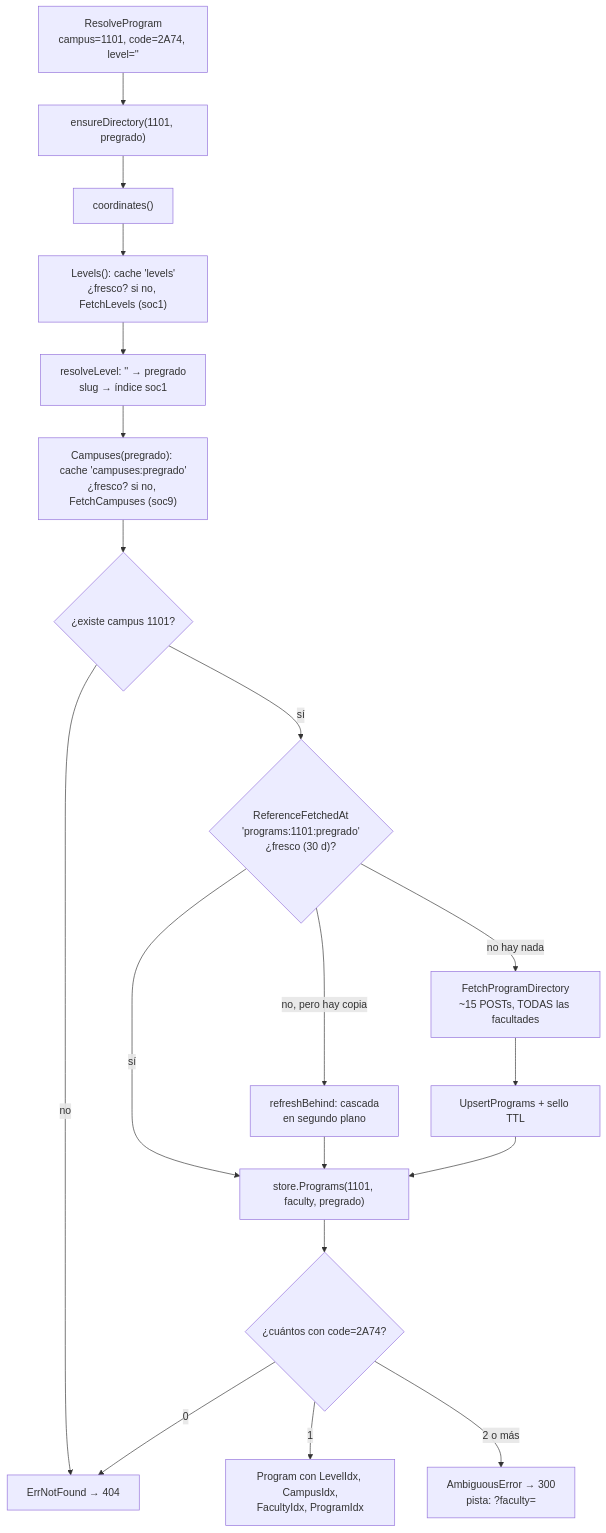
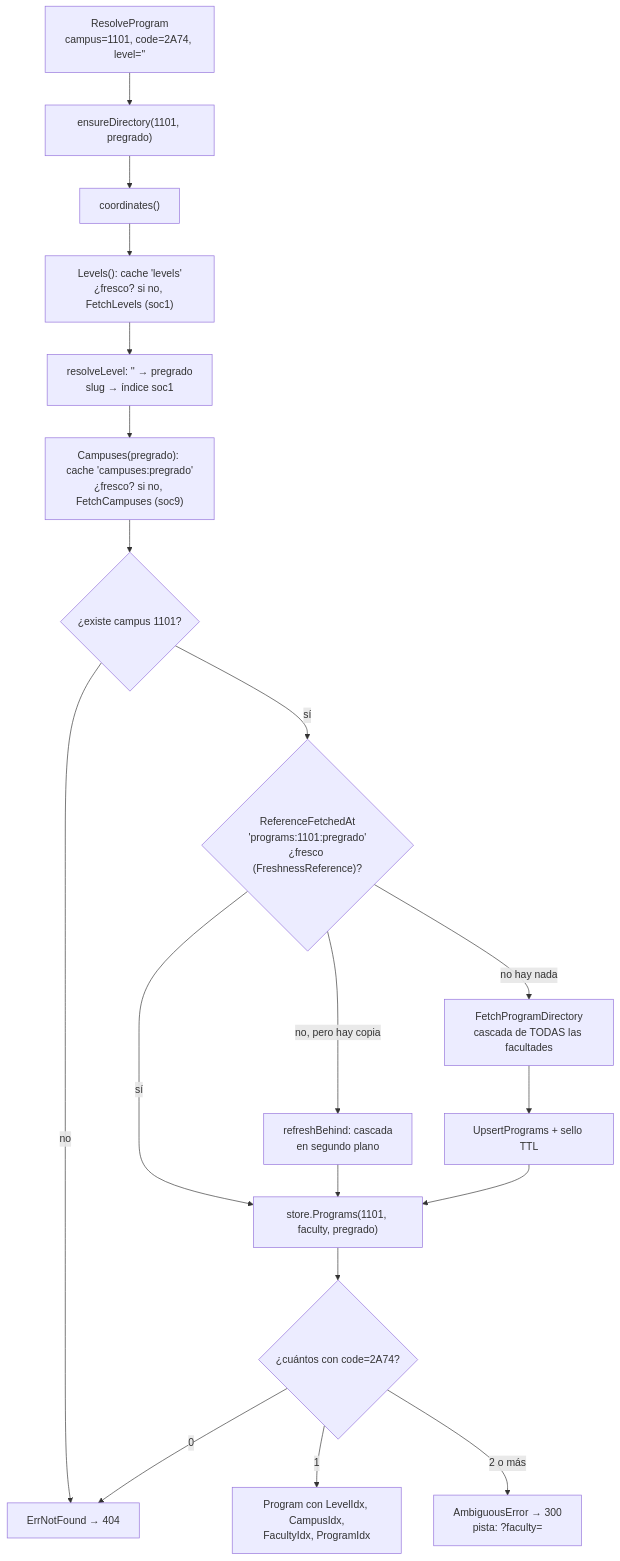
Before and after one commit to gabotachak/sia-unal-bridge: the eighth of 20 diagrams in docs/diagram.md, drawn with Mermaid. The commit also changed other lines of this file and 8 other files, not shown here.

````diff
--- a/docs/diagram.md
+++ b/docs/diagram.md
@@ -347,18 +349,18 @@
 ```mermaid
 flowchart TD
     req["ResolveProgram<br/>campus=1101, code=2A74, level=''"] --> ed["ensureDirectory(1101, pregrado)"]
     ed --> co["coordinates()"]
     co --> lv["Levels(): cache 'levels'<br/>¿fresco? si no, FetchLevels (soc1)"]
     lv --> rl["resolveLevel: '' → pregrado<br/>slug → índice soc1"]
     rl --> cp["Campuses(pregrado): cache 'campuses:pregrado'<br/>¿fresco? si no, FetchCampuses (soc9)"]
     cp --> find{"¿existe campus 1101?"}
     find -- no --> nf["ErrNotFound → 404"]
-    find -- sí --> dir{"ReferenceFetchedAt<br/>'programs:1101:pregrado'<br/>¿fresco (30 d)?"}
+    find -- sí --> dir{"ReferenceFetchedAt<br/>'programs:1101:pregrado'<br/>¿fresco (FreshnessReference)?"}
     dir -- sí --> read["store.Programs(1101, faculty, pregrado)"]
     dir -- "no, pero hay copia" --> bg["refreshBehind: cascada<br/>en segundo plano"] --> read
-    dir -- "no hay nada" --> fetch["FetchProgramDirectory<br/>~15 POSTs, TODAS las facultades"] --> up["UpsertPrograms + sello TTL"] --> read
+    dir -- "no hay nada" --> fetch["FetchProgramDirectory<br/>cascada de TODAS las facultades"] --> up["UpsertPrograms + sello TTL"] --> read
     read --> match{"¿cuántos con code=2A74?"}
     match -- 0 --> nf
     match -- 1 --> ok["Program con LevelIdx, CampusIdx,<br/>FacultyIdx, ProgramIdx"]
     match -- "2 o más" --> amb["AmbiguousError → 300<br/>pista: ?faculty="]
 ```
````
